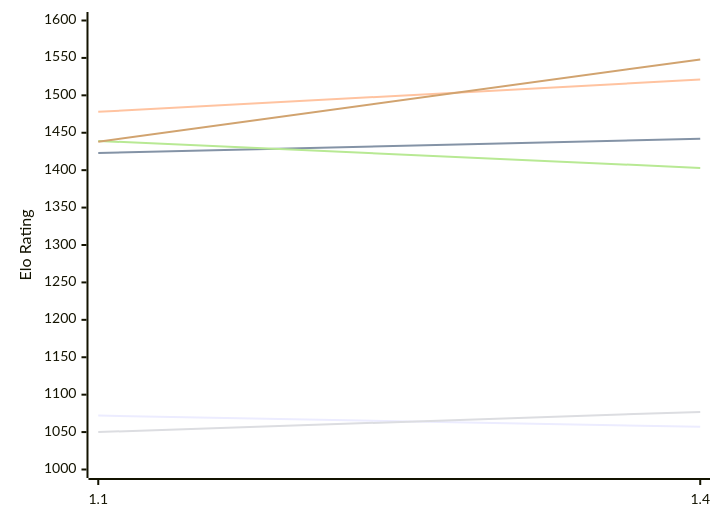
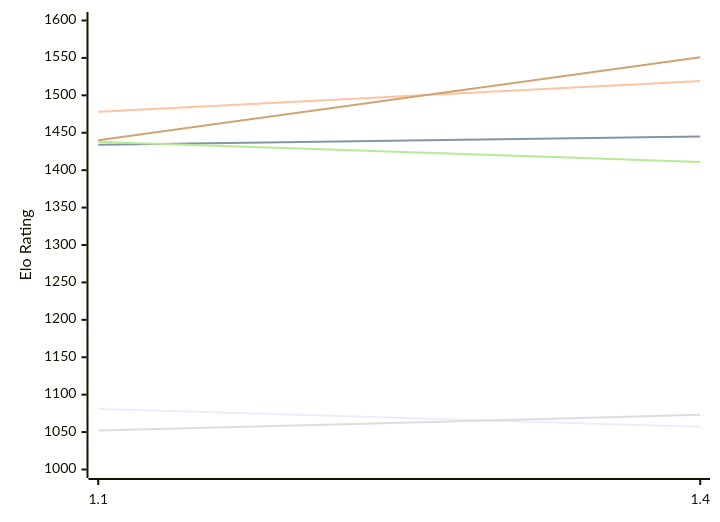
One commit to computer-chess-index/cci changed the first of 2 diagrams in engines/USunfish.md. Above: the diagram before and after it, drawn with Mermaid. The commit also changed other lines of this file, not shown here.

Commit message:
Update CCI Ratings (ELO VLTC) - 2026-11-25

````diff
--- a/engines/USunfish.md
+++ b/engines/USunfish.md
@@ -50,12 +50,12 @@
 ```mermaid
 %%{init: {"theme":"base","themeVariables":{"seriesColors:['#a3a3a3','#222221','#faa371']}}}%%
 xychart-beta
   x-axis ["1.1", "1.4"]
   y-axis "Elo Rating" 1000 --> 1600
-  line "E1: STC (8.0+0.08s)" [1072, 1057]
-  line "E1: LTC (60.0+0.60s)" [1423, 1442]
-  line "E1: VLTC (2m24s+1.12s)" [1478, 1521]
-  line "P1: STC (8.0+0.08s)" [1050, 1077]
-  line "P1: LTC (60.0+0.60s)" [1439, 1403]
-  line "P1: VLTC (2m24s+1.12s)" [1438, 1548]
+  line "E1: STC (8.0+0.08s)" [1081, 1057]
+  line "E1: LTC (60.0+0.60s)" [1434, 1445]
+  line "E1: VLTC (2m24s+1.12s)" [1478, 1519]
+  line "P1: STC (8.0+0.08s)" [1052, 1073]
+  line "P1: LTC (60.0+0.60s)" [1438, 1411]
+  line "P1: VLTC (2m24s+1.12s)" [1440, 1551]
 ```
````
